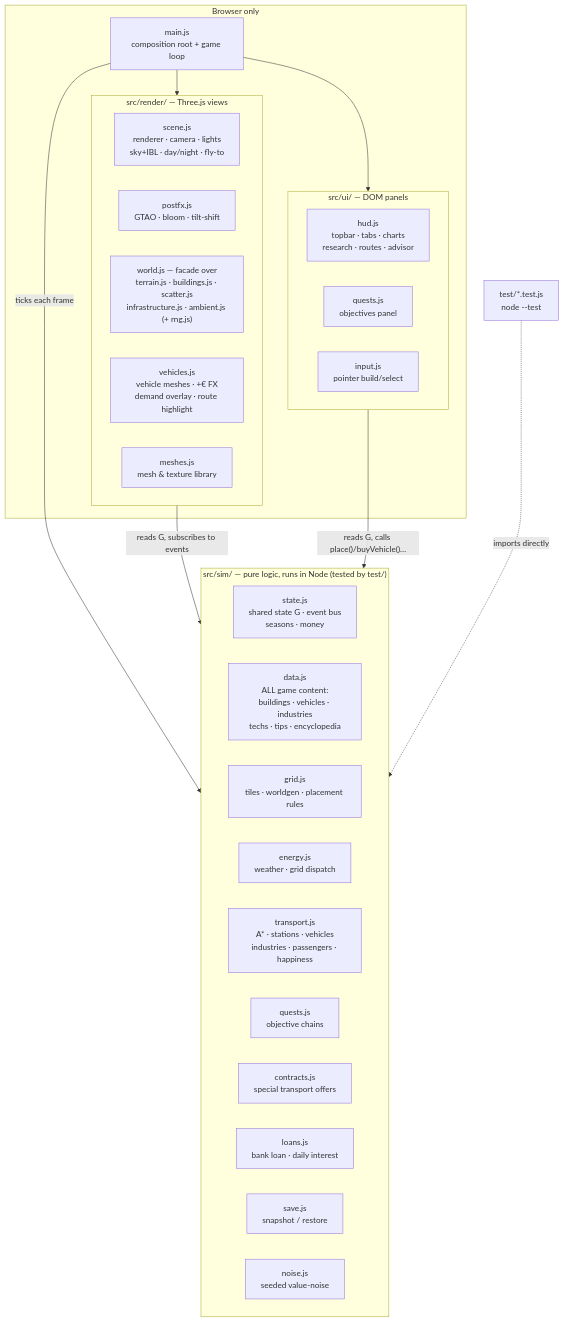
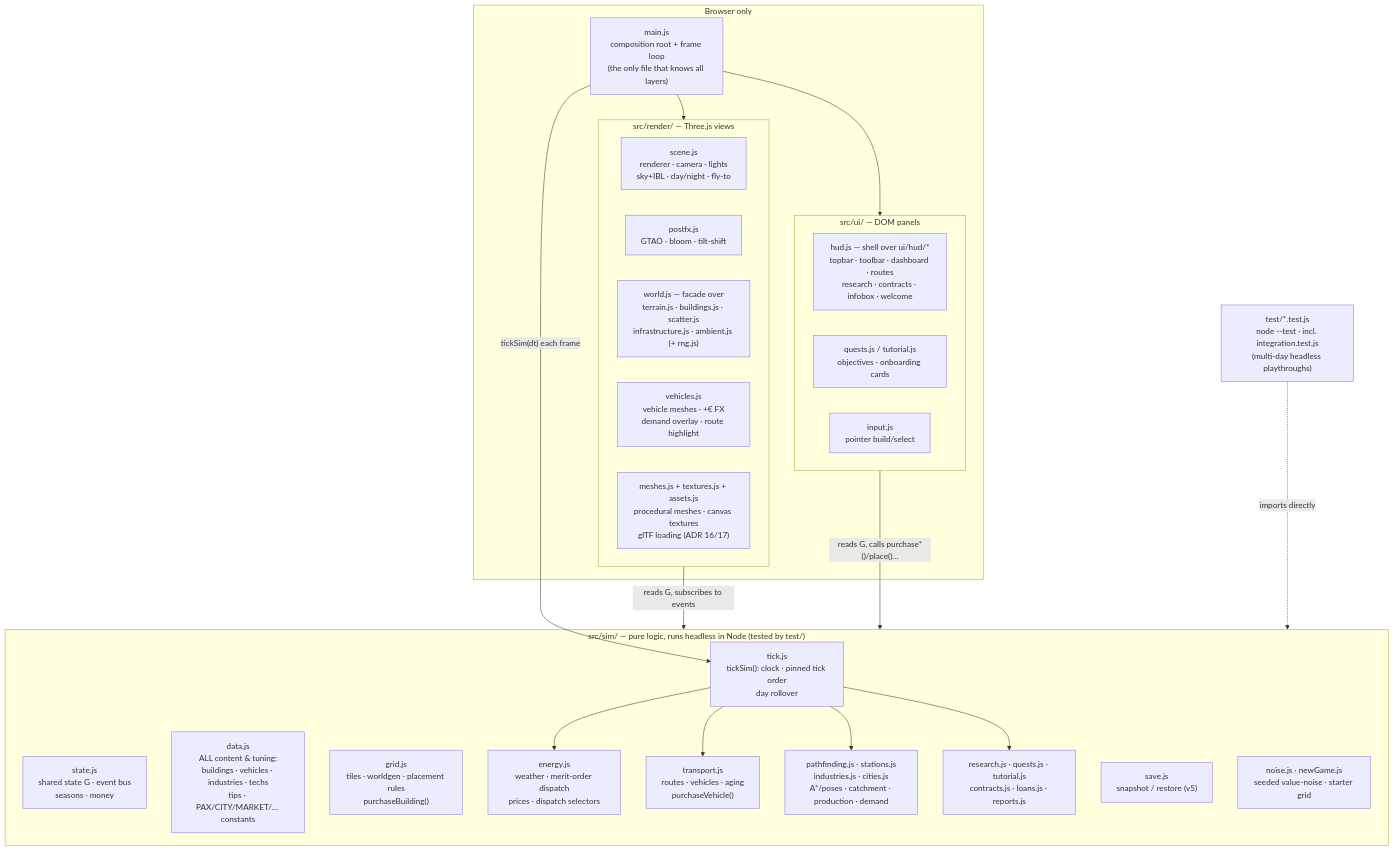
Before and after one commit to sttomm/transport-eco-tycoon: the diagram in docs/ARCHITECTURE.md, drawn with Mermaid. The commit also changed other lines of this file and 5 other files, not shown here.

First line of the commit message:
Docs refresh: architecture diagram & event table match the code, plans archived

````diff
--- a/docs/ARCHITECTURE.md
+++ b/docs/ARCHITECTURE.md
@@ -14,36 +14,37 @@
 ```mermaid
 flowchart TB
     subgraph browser["Browser only"]
-        MAIN["main.js\ncomposition root + game loop"]
+        MAIN["main.js\ncomposition root + frame loop\n(the only file that knows all layers)"]
         subgraph render["src/render/ — Three.js views"]
             SCENE["scene.js\nrenderer · camera · lights\nsky+IBL · day/night · fly-to"]
             POSTFX["postfx.js\nGTAO · bloom · tilt-shift"]
             RWORLD["world.js — facade over\nterrain.js · buildings.js · scatter.js\ninfrastructure.js · ambient.js (+ rng.js)"]
             RVEH["vehicles.js\nvehicle meshes · +€ FX\ndemand overlay · route highlight"]
-            MESHES["meshes.js\nmesh & texture library"]
+            MESHES["meshes.js + textures.js + assets.js\nprocedural meshes · canvas textures\nglTF loading (ADR 16/17)"]
         end
         subgraph ui["src/ui/ — DOM panels"]
-            HUD["hud.js\ntopbar · tabs · charts\nresearch · routes · advisor"]
-            QPANEL["quests.js\nobjectives panel"]
+            HUD["hud.js — shell over ui/hud/*\ntopbar · toolbar · dashboard · routes\nresearch · contracts · infobox · welcome"]
+            QPANEL["quests.js / tutorial.js\nobjectives · onboarding cards"]
             INPUT["input.js\npointer build/select"]
         end
     end
-    subgraph sim["src/sim/ — pure logic, runs in Node (tested by test/)"]
+    subgraph sim["src/sim/ — pure logic, runs headless in Node (tested by test/)"]
+        TICK["tick.js\ntickSim(): clock · pinned tick order\nday rollover"]
         STATE["state.js\nshared state G · event bus\nseasons · money"]
-        DATA["data.js\nALL game content:\nbuildings · vehicles · industries\ntechs · tips · encyclopedia"]
-        GRID["grid.js\ntiles · worldgen · placement rules"]
-        ENERGY["energy.js\nweather · grid dispatch"]
-        TRANS["transport.js\nA* · stations · vehicles\nindustries · passengers · happiness"]
-        QUESTS["quests.js\nobjective chains"]
-        CONTRACTS["contracts.js\nspecial transport offers"]
-        LOANS["loans.js\nbank loan · daily interest"]
-        SAVE["save.js\nsnapshot / restore"]
-        NOISE["noise.js\nseeded value-noise"]
+        DATA["data.js\nALL content & tuning:\nbuildings · vehicles · industries · techs\ntips · PAX/CITY/MARKET/… constants"]
+        GRID["grid.js\ntiles · worldgen · placement rules\npurchaseBuilding()"]
+        ENERGY["energy.js\nweather · merit-order dispatch\nprices · dispatch selectors"]
+        TRANS["transport.js\nroutes · vehicles · aging\npurchaseVehicle()"]
+        TDOM["pathfinding.js · stations.js\nindustries.js · cities.js\nA*/poses · catchment · production · demand"]
+        MISC["research.js · quests.js · tutorial.js\ncontracts.js · loans.js · reports.js"]
+        SAVE["save.js\nsnapshot / restore (v5)"]
+        NOISE["noise.js · newGame.js\nseeded value-noise · starter grid"]
     end
-    MAIN -->|"ticks each frame"| sim
+    MAIN -->|"tickSim(dt) each frame"| TICK
+    TICK --> ENERGY & TRANS & TDOM & MISC
     MAIN --> render
     MAIN --> ui
     render -->|"reads G, subscribes to events"| sim
-    ui -->|"reads G, calls place()/buyVehicle()…"| sim
-    TESTS["test/*.test.js\nnode --test"] -.->|"imports directly"| sim
+    ui -->|"reads G, calls purchase*()/place()…"| sim
+    TESTS["test/*.test.js\nnode --test · incl. integration.test.js\n(multi-day headless playthroughs)"] -.->|"imports directly"| sim
 ```
````
